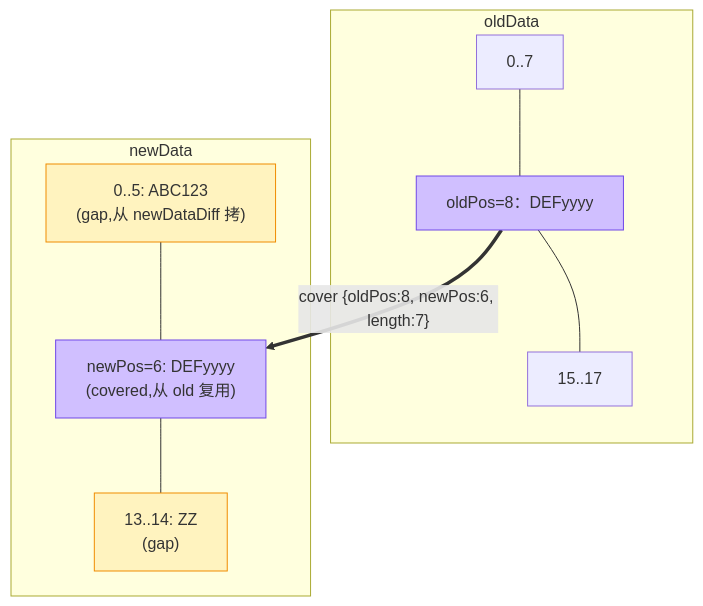
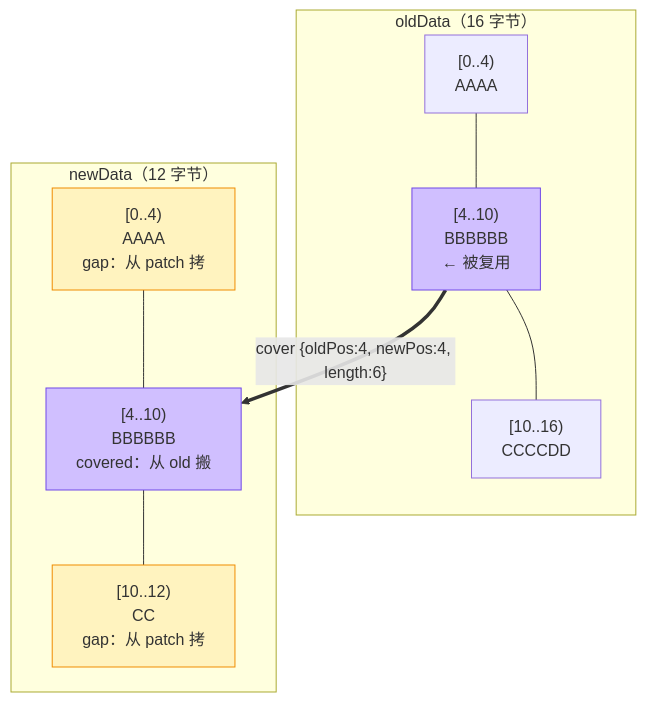
Before and after one commit to fankidark/tech-site: the diagram in docs/hot-update/hdiff-cover.md, drawn with Mermaid. The commit also changed other lines of this file and 14 other files, not shown here.

First line of the commit message:
hot-update: 差分系列 10 篇图文改造 + 3 个新组件

````diff
--- a/docs/hot-update/hdiff-cover.md
+++ b/docs/hot-update/hdiff-cover.md
@@ -18,15 +41,15 @@
 ```mermaid
 flowchart TB
-    subgraph old["oldData"]
-        O0["0..7"] --- O1["oldPos=8：DEFyyyy"] --- O2["15..17"]
+    subgraph old["oldData（16 字节）"]
+        O0["[0..4)<br/>AAAA"] --- O1["[4..10)<br/>BBBBBB<br/>← 被复用"] --- O2["[10..16)<br/>CCCCDD"]
     end
-    subgraph new["newData"]
-        N0["0..5: ABC123<br/>(gap,从 newDataDiff 拷)"] --- N1["newPos=6: DEFyyyy<br/>(covered,从 old 复用)"] --- N2["13..14: ZZ<br/>(gap)"]
+    subgraph new["newData（12 字节）"]
+        N0["[0..4)<br/>AAAA<br/>gap：从 patch 拷"] --- N1["[4..10)<br/>BBBBBB<br/>covered：从 old 搬"] --- N2["[10..12)<br/>CC<br/>gap：从 patch 拷"]
     end
-    O1 ==>|"cover {oldPos:8, newPos:6, length:7}"| N1
+    O1 ==>|"cover {oldPos:4, newPos:4, length:6}"| N1
 
     style O1 fill:#d0bfff,stroke:#7048e8
     style N1 fill:#d0bfff,stroke:#7048e8
     style N0 fill:#fff3bf,stroke:#f08c00
     style N2 fill:#fff3bf,stroke:#f08c00
 ```
````
